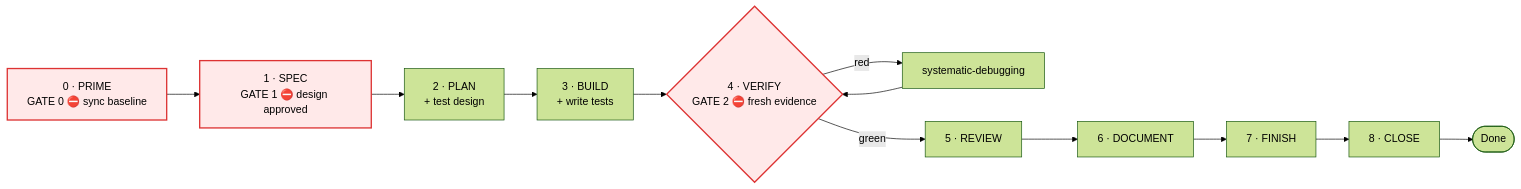
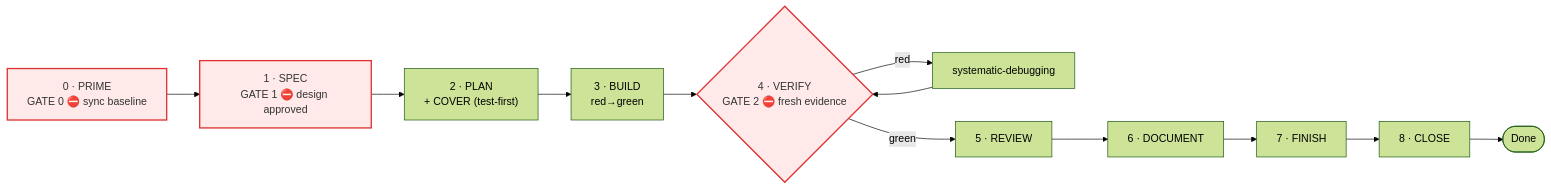
One commit to HenriGeorge/AutoCue changed the third of 16 diagrams in docs/OVERVIEW.md. Above: the diagram before and after it, drawn with Mermaid (forest theme). The commit also changed other lines of this file and 45 other files, not shown here.

````diff
--- a/docs/OVERVIEW.md
+++ b/docs/OVERVIEW.md
@@ -68,11 +70,11 @@
 ```mermaid
 flowchart LR
     P0["0 · PRIME<br/>GATE 0 ⛔ sync baseline"] --> P1["1 · SPEC<br/>GATE 1 ⛔ design approved"]
-    P1 --> P2["2 · PLAN<br/>+ test design"] --> P3["3 · BUILD<br/>+ write tests"]
+    P1 --> P2["2 · PLAN<br/>+ COVER (test-first)"] --> P3["3 · BUILD<br/>red→green"]
     P3 --> P4{"4 · VERIFY<br/>GATE 2 ⛔ fresh evidence"}
     P4 -->|red| DBG["systematic-debugging"] --> P4
     P4 -->|green| P5["5 · REVIEW"] --> P6["6 · DOCUMENT"] --> P7["7 · FINISH"] --> P8["8 · CLOSE"]
     P8 --> Done([Done])
-    classDef gate fill:#ffe9e9,stroke:#d33,stroke-width:2px;
+    classDef gate fill:#ffe9e9,stroke:#d33,stroke-width:2px,color:#333;
     class P0,P1,P4 gate;
 ```
````
